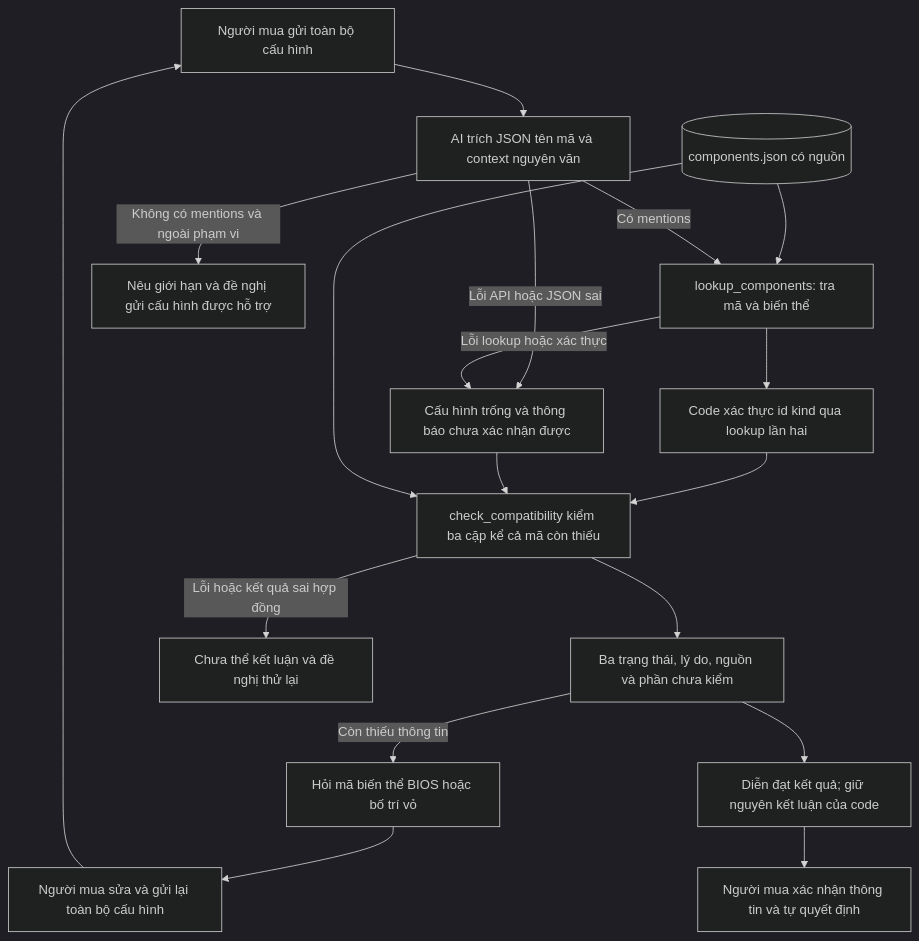
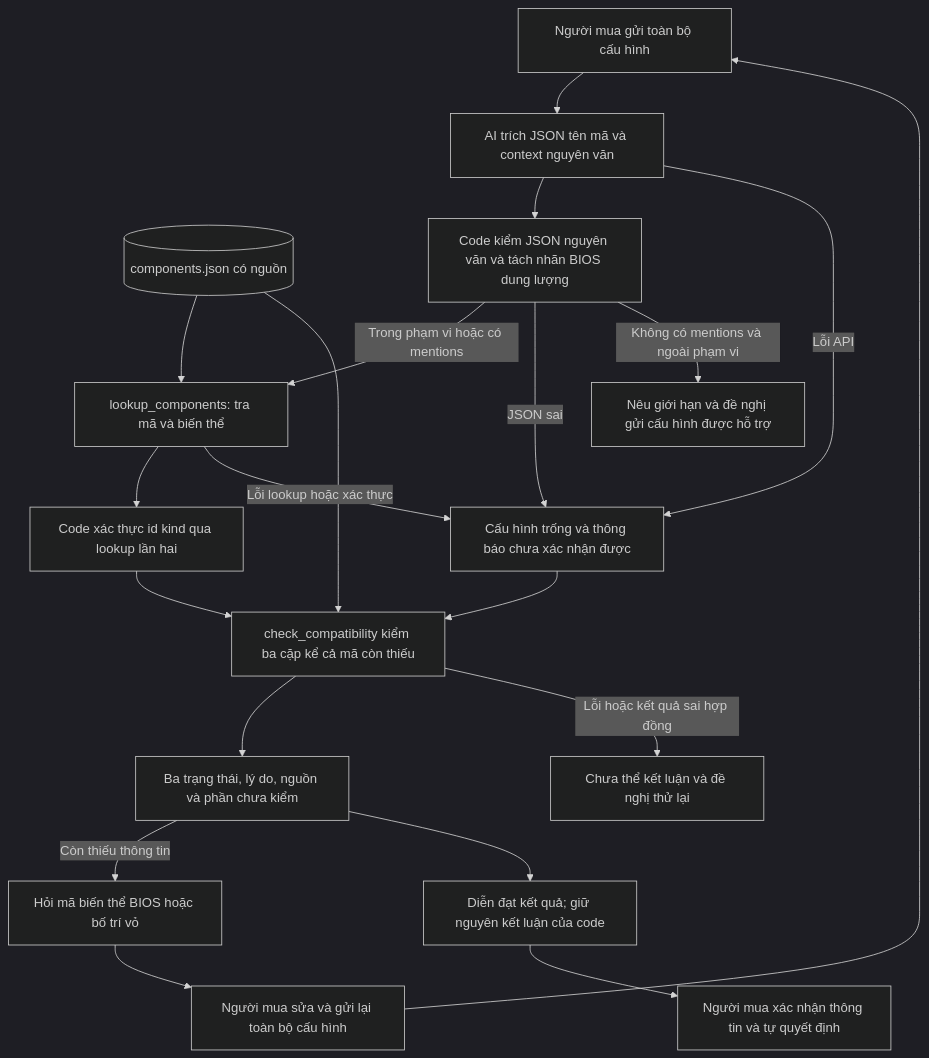
The diagram in spec.md (tdisokay2/K5-Day15-L3A-LoiChoi), drawn with Mermaid (dark theme) before and after one commit. The commit also changed other lines of this file and 6 other files, not shown here.

````diff
--- a/spec.md
+++ b/spec.md
@@ -54,20 +54,22 @@
 ```mermaid
 flowchart TD
     A[Người mua gửi toàn bộ cấu hình] --> B[AI trích JSON tên mã và context nguyên văn]
     D[(components.json có nguồn)] --> C[lookup_components: tra mã và biến thể]
-    B -->|Có mentions| C
+    B --> J[Code kiểm JSON nguyên văn và tách nhãn BIOS dung lượng]
+    J -->|Trong phạm vi hoặc có mentions| C
     C --> V[Code xác thực id kind qua lookup lần hai]
     V --> K[check_compatibility kiểm ba cặp kể cả mã còn thiếu]
-    B -->|Lỗi API hoặc JSON sai| F[Cấu hình trống và thông báo chưa xác nhận được]
+    B -->|Lỗi API| F[Cấu hình trống và thông báo chưa xác nhận được]
+    J -->|JSON sai| F
     C -->|Lỗi lookup hoặc xác thực| F
     F --> K
     R -->|Còn thiếu thông tin| H[Hỏi mã biến thể BIOS hoặc bố trí vỏ]
     H --> U[Người mua sửa và gửi lại toàn bộ cấu hình]
     U --> A
     D --> K
     K --> R[Ba trạng thái, lý do, nguồn và phần chưa kiểm]
     R --> E[Diễn đạt kết quả; giữ nguyên kết luận của code]
     E --> P[Người mua xác nhận thông tin và tự quyết định]
     K -->|Lỗi hoặc kết quả sai hợp đồng| X[Chưa thể kết luận và đề nghị thử lại]
-    B -->|Không có mentions và ngoài phạm vi| O[Nêu giới hạn và đề nghị gửi cấu hình được hỗ trợ]
+    J -->|Không có mentions và ngoài phạm vi| O[Nêu giới hạn và đề nghị gửi cấu hình được hỗ trợ]
 ```
````
